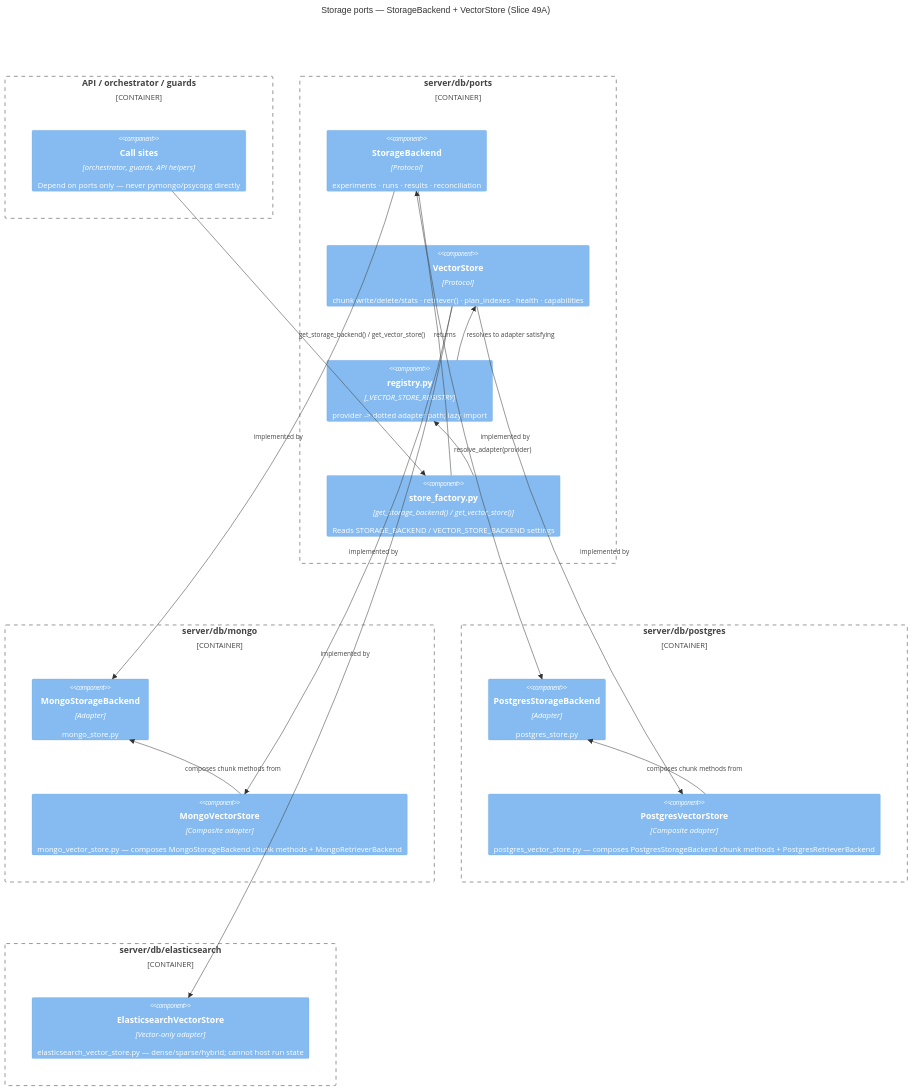
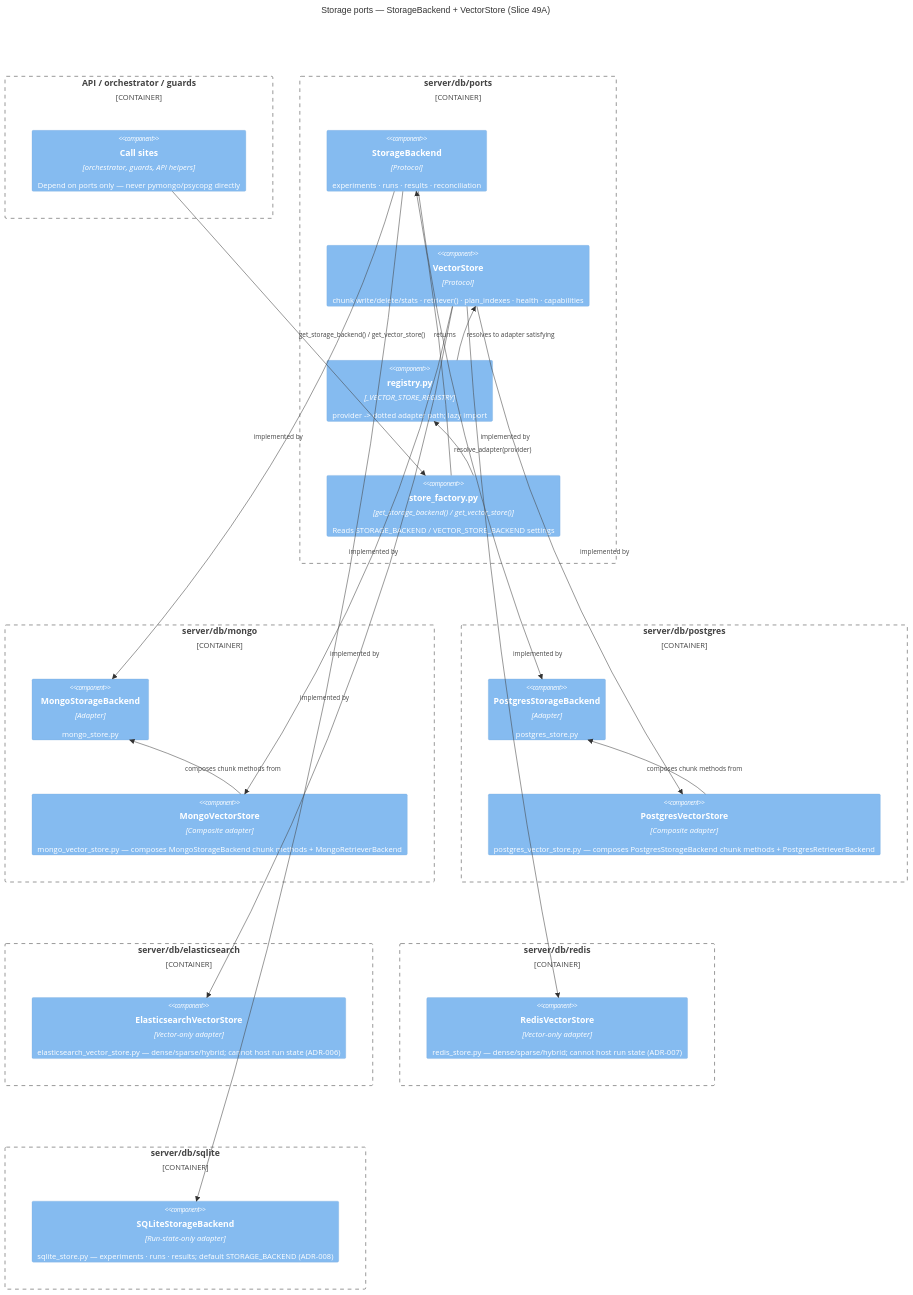
One commit to neomatrix369/rag-params-finder changed the fifth of 6 diagrams in docs/contributor-guide/architecture.md. Above: the diagram before and after it, drawn with Mermaid. The commit also changed other lines of this file, not shown here.

Commit message:
docs: add Redis and SQLite to architecture.md's C4 diagrams
The System Context, Containers, and Storage-ports C4 diagrams predate
ADR-007 (Redis, Slice 53) and ADR-008 (SQLite, Slice 55) and still only
depicted MongoDB/Postgres/Elasticsearch as storage backends — the same
class of staleness as the text claims fixed in PR #222, just in the
diagrams instead of prose. A forensic pass over every diagram in the repo
(the only file with C4 models) found this as the one remaining gap from
that effort.

Reviewed by nw-documentarist-reviewer against the actual adapter code
(RedisVectorStore, SQLiteStorageBackend, the StorageBackend/VectorStore
protocols) before committing — confirmed Mermaid syntax validity, that
SQLite's relationship is correctly scoped to StorageBackend only (no
false vector-store capability implied), and added one consistency fix
(ADR-006 citation on the Elasticsearch component, matching the new
Redis/SQLite entries).

````diff
--- a/docs/contributor-guide/architecture.md
+++ b/docs/contributor-guide/architecture.md
@@ -318,35 +322,43 @@
 ```mermaid
 C4Component
     title Storage ports — StorageBackend + VectorStore (Slice 49A)
     Container_Boundary(api, "API / orchestrator / guards") {
         Component(caller, "Call sites", "orchestrator, guards, API helpers", "Depend on ports only — never pymongo/psycopg directly")
     }
     Container_Boundary(ports, "server/db/ports") {
         Component(storage_port, "StorageBackend", "Protocol", "experiments · runs · results · reconciliation")
         Component(vector_port, "VectorStore", "Protocol", "chunk write/delete/stats · retriever() · plan_indexes · health · capabilities")
         Component(registry, "registry.py", "_VECTOR_STORE_REGISTRY", "provider -> dotted adapter path; lazy import")
         Component(factory, "store_factory.py", "get_storage_backend() / get_vector_store()", "Reads STORAGE_BACKEND / VECTOR_STORE_BACKEND settings")
     }
     Container_Boundary(mongo, "server/db/mongo") {
         Component(mongo_storage, "MongoStorageBackend", "Adapter", "mongo_store.py")
         Component(mongo_vector, "MongoVectorStore", "Composite adapter", "mongo_vector_store.py — composes MongoStorageBackend chunk methods + MongoRetrieverBackend")
     }
     Container_Boundary(pg, "server/db/postgres") {
         Component(pg_storage, "PostgresStorageBackend", "Adapter", "postgres_store.py")
         Component(pg_vector, "PostgresVectorStore", "Composite adapter", "postgres_vector_store.py — composes PostgresStorageBackend chunk methods + PostgresRetrieverBackend")
     }
     Container_Boundary(es, "server/db/elasticsearch") {
-        Component(es_vector, "ElasticsearchVectorStore", "Vector-only adapter", "elasticsearch_vector_store.py — dense/sparse/hybrid; cannot host run state")
+        Component(es_vector, "ElasticsearchVectorStore", "Vector-only adapter", "elasticsearch_vector_store.py — dense/sparse/hybrid; cannot host run state (ADR-006)")
+    }
+    Container_Boundary(redis, "server/db/redis") {
+        Component(redis_vector, "RedisVectorStore", "Vector-only adapter", "redis_store.py — dense/sparse/hybrid; cannot host run state (ADR-007)")
+    }
+    Container_Boundary(sqlite, "server/db/sqlite") {
+        Component(sqlite_storage, "SQLiteStorageBackend", "Run-state-only adapter", "sqlite_store.py — experiments · runs · results; default STORAGE_BACKEND (ADR-008)")
     }
     Rel(caller, factory, "get_storage_backend() / get_vector_store()")
     Rel(factory, registry, "resolve_adapter(provider)")
     Rel(factory, storage_port, "returns")
     Rel(registry, vector_port, "resolves to adapter satisfying")
     Rel(storage_port, mongo_storage, "implemented by")
     Rel(storage_port, pg_storage, "implemented by")
+    Rel(storage_port, sqlite_storage, "implemented by")
     Rel(vector_port, mongo_vector, "implemented by")
     Rel(vector_port, pg_vector, "implemented by")
     Rel(vector_port, es_vector, "implemented by")
+    Rel(vector_port, redis_vector, "implemented by")
     Rel(mongo_vector, mongo_storage, "composes chunk methods from")
     Rel(pg_vector, pg_storage, "composes chunk methods from")
 ```
````
